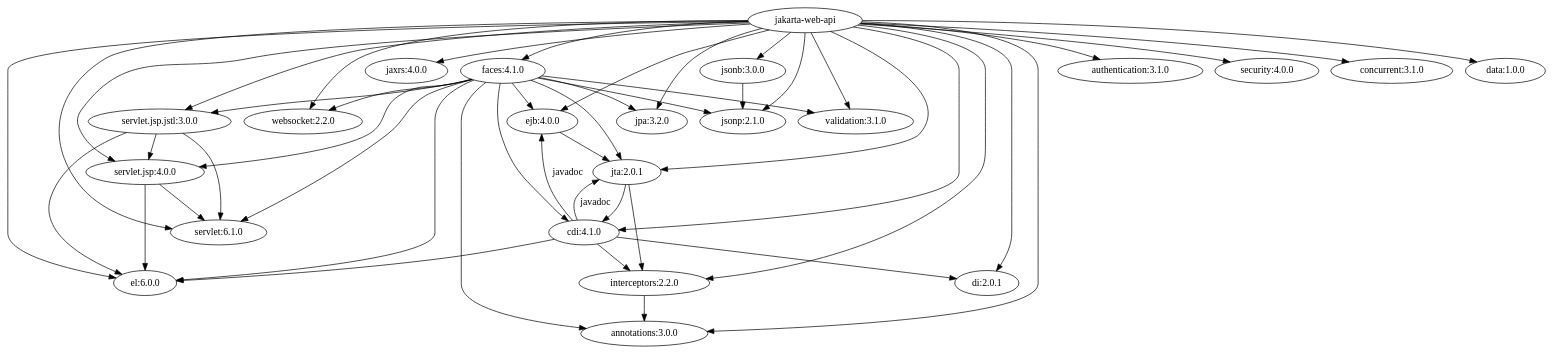
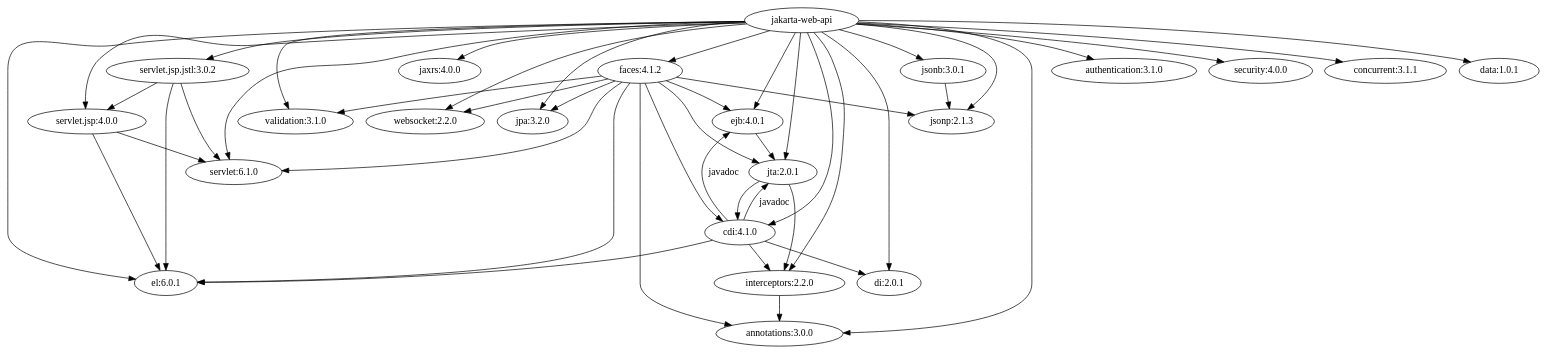
Before and after one commit to jakartaee/platform: the diagram in specification/src/main/asciidoc/web-dependencies.adoc, drawn with Graphviz. The commit also changed other lines of this file and 7 other files, not shown here.

```diff
--- a/specification/src/main/asciidoc/web-dependencies.adoc
+++ b/specification/src/main/asciidoc/web-dependencies.adoc
@@ -8,15 +10,15 @@
 wp [label="jakarta-web-api"];
 servlet [label="servlet:6.1.0"];
 jsp [label="servlet.jsp:4.0.0"];
-el [label="el:6.0.0"];
-jstl [label="servlet.jsp.jstl:3.0.0"];
-faces [label="faces:4.1.0"];
+el [label="el:6.0.1"];
+jstl [label="servlet.jsp.jstl:3.0.2"];
+faces [label="faces:4.1.2"];
 jaxrs [label="jaxrs:4.0.0"]
 websocket [label="websocket:2.2.0"];
-jsonp [label="jsonp:2.1.0"];
-jsonb [label="jsonb:3.0.0"];
+jsonp [label="jsonp:2.1.3"];
+jsonb [label="jsonb:3.0.1"];
 annotations [label="annotations:3.0.0"];
-ejb [label="ejb:4.0.0"];
+ejb [label="ejb:4.0.1"];
 jta [label="jta:2.0.1"];
 jpa [label="jpa:3.2.0"];
 validation [label="validation:3.1.0"];
@@ -25,8 +27,8 @@
 di [label="di:2.0.1"];
 authn [label="authentication:3.1.0"];
 security [label="security:4.0.0"];
-concurrency [label="concurrent:3.1.0"];
-data [label="data:1.0.0"];
+concurrency [label="concurrent:3.1.1"];
+data [label="data:1.0.1"];
 
 wp -> servlet;
 wp -> jsp;
@@ -66,8 +68,6 @@
 faces -> cdi;
 faces -> validation;
 faces -> jta;
-faces -> jsp;
-faces -> jstl;
 faces -> jsonp;
 faces -> ejb;
 faces -> jpa;
```
